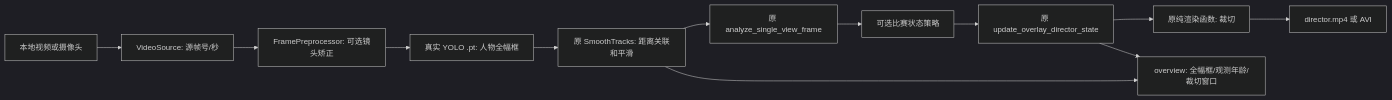
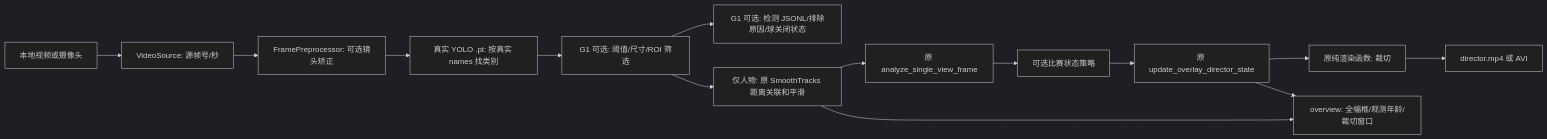
One commit to zzzokay/camera_150_with_face changed the diagram in PROJECT_STRUCTURE.md. Above: the diagram before and after it, drawn with Mermaid (dark theme). The commit also changed other lines of this file and 7 other files, not shown here.

````diff
--- a/PROJECT_STRUCTURE.md
+++ b/PROJECT_STRUCTURE.md
@@ -70,14 +73,16 @@
 ```mermaid
 flowchart LR
     A[本地视频或摄像头] --> B[VideoSource: 源帧号/秒]
     B --> C[FramePreprocessor: 可选镜头矫正]
-    C --> D[真实 YOLO .pt: 人物全幅框]
-    D --> E[原 SmoothTracks: 距离关联和平滑]
+    C --> D[真实 YOLO .pt: 按真实 names 找类别]
+    D --> D1[G1 可选: 阈值/尺寸/ROI 筛选]
+    D1 --> D2[G1 可选: 检测 JSONL/排除原因/球关闭状态]
+    D1 --> E[仅人物: 原 SmoothTracks 距离关联和平滑]
     E --> F[原 analyze_single_view_frame]
     F --> G[可选比赛状态策略]
     G --> H[原 update_overlay_director_state]
     H --> I[原纯渲染函数: 裁切]
     I --> J[director.mp4 或 AVI]
     E --> K[overview: 全幅框/观测年龄/裁切窗口]
     H --> K
 ```
````
